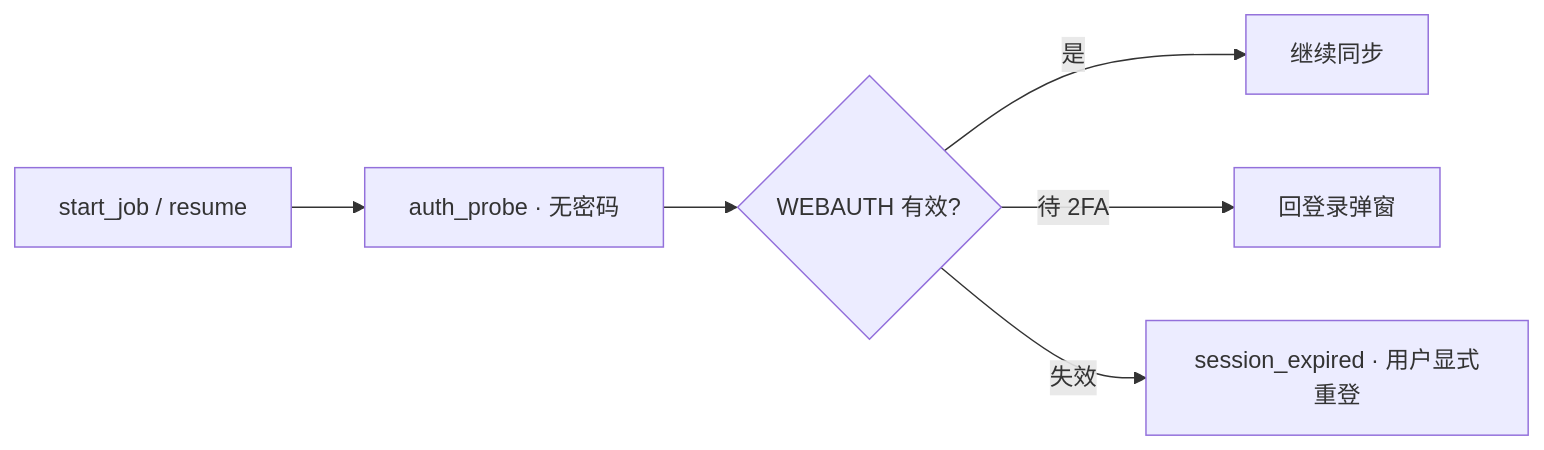
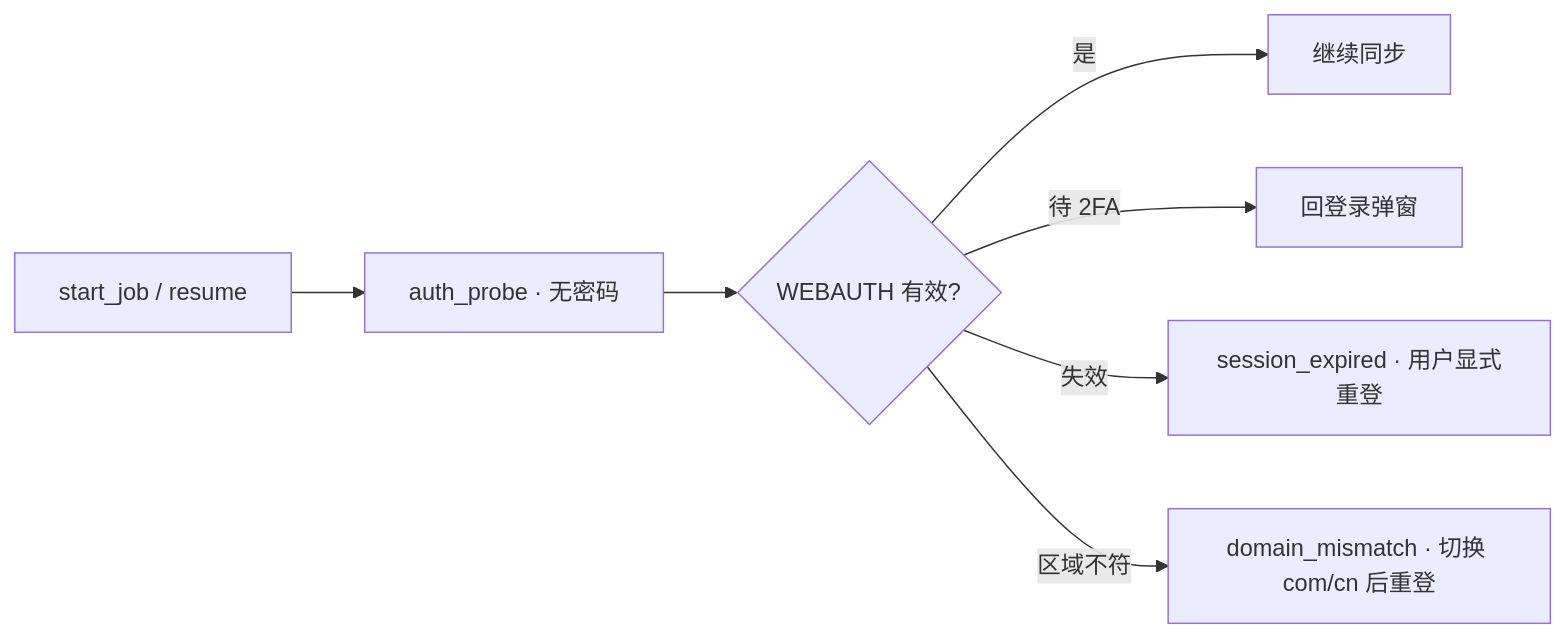
One commit to cz6c/ll-admin changed the fifth of 7 diagrams in apps/admin/src/components/IcloudSyncAuthModal/loginFlow.md. Above: the diagram before and after it, drawn with Mermaid. The commit also changed other lines of this file and 13 other files, not shown here.

````diff
--- a/apps/admin/src/components/IcloudSyncAuthModal/loginFlow.md
+++ b/apps/admin/src/components/IcloudSyncAuthModal/loginFlow.md
@@ -219,8 +219,9 @@
 ```mermaid
 flowchart LR
   A[start_job / resume] --> B[auth_probe · 无密码]
   B --> C{WEBAUTH 有效?}
   C -->|是| D[继续同步]
   C -->|待 2FA| E[回登录弹窗]
   C -->|失效| F[session_expired · 用户显式重登]
+  C -->|区域不符| G[domain_mismatch · 切换 com/cn 后重登]
 ```
````
